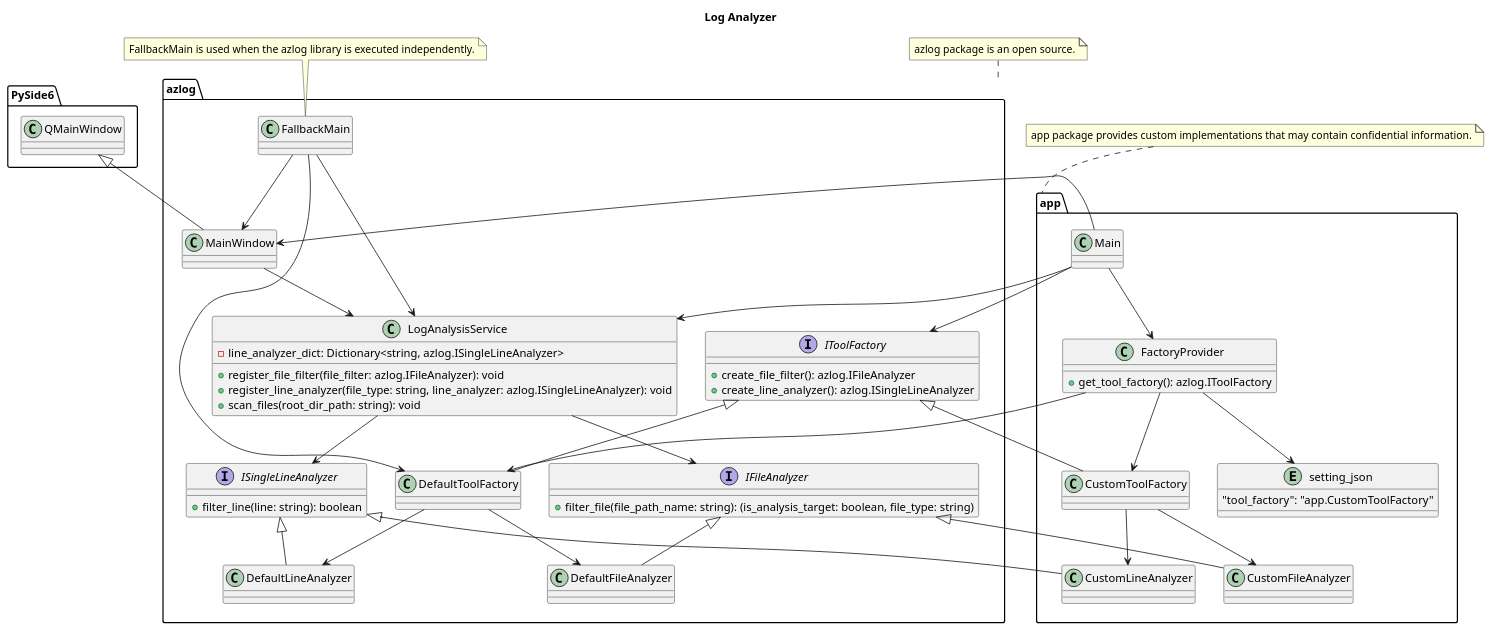
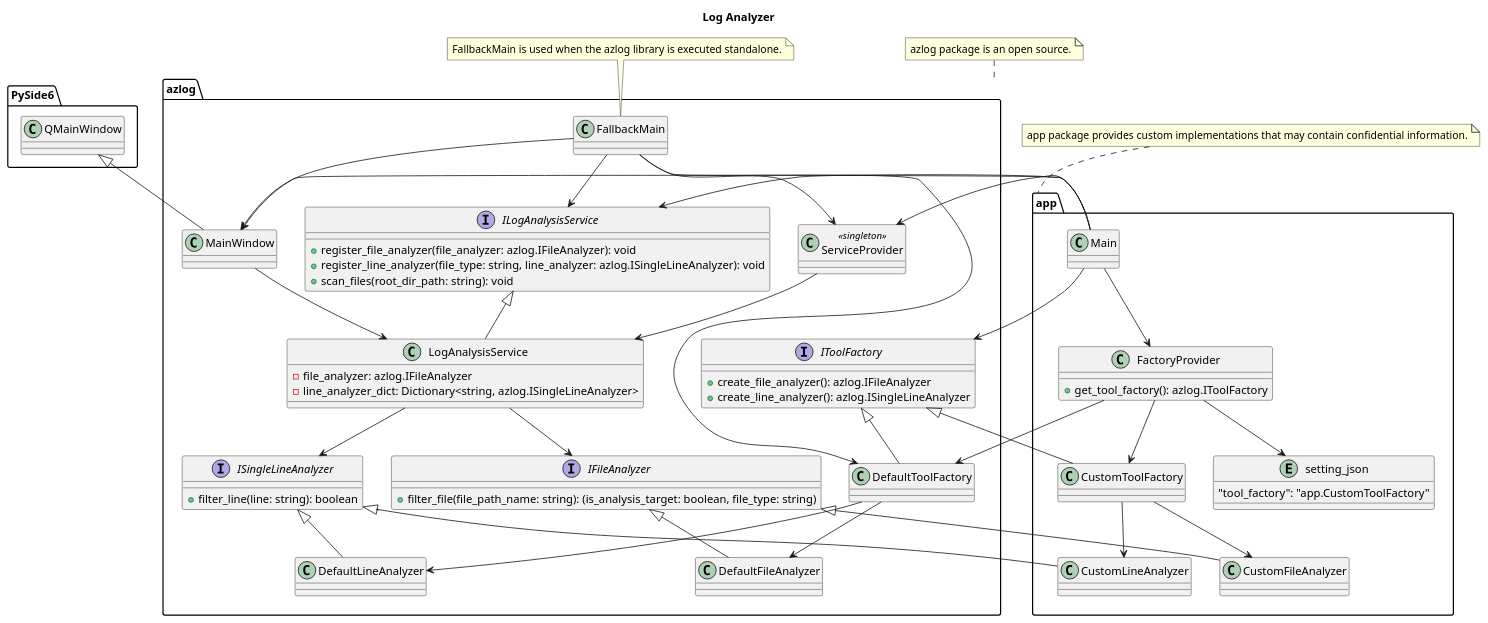
One commit to Takayoshi-Matsuyama/log_analyzer changed the diagram in doc/log_analyzer.puml. Above: the diagram before and after it, drawn with PlantUML.

Commit message:
Updated - class diagram

```diff
--- a/doc/log_analyzer.puml
+++ b/doc/log_analyzer.puml
@@ -1,111 +1,123 @@
 @startuml log_analyzer
 
 'Copyright 2026 Takayoshi Matsuyama
 '
 'Licensed under the Apache License, Version 2.0 (the "License");
 'you may not use this file except in compliance with the License.
 'You may obtain a copy of the License at
 '
 '    http://www.apache.org/licenses/LICENSE-2.0
 '
 'Unless required by applicable law or agreed to in writing, software
 'distributed under the License is distributed on an "AS IS" BASIS,
 'WITHOUT WARRANTIES OR CONDITIONS OF ANY KIND, either express or implied.
 'See the License for the specific language governing permissions and
 'limitations under the License.
 
 title Log Analyzer
 
 interface azlog.IFileAnalyzer
 {
     +filter_file(file_path_name: string): (is_analysis_target: boolean, file_type: string)
 }
 
 class azlog.DefaultFileAnalyzer {}
 class app.CustomFileAnalyzer {}
 
 azlog.IFileAnalyzer <|-- azlog.DefaultFileAnalyzer
 azlog.IFileAnalyzer <|-- app.CustomFileAnalyzer
 
 interface azlog.ISingleLineAnalyzer
 {
     +filter_line(line: string): boolean
 }
 
 class azlog.DefaultLineAnalyzer {}
 class app.CustomLineAnalyzer {}
 
 azlog.ISingleLineAnalyzer <|-- azlog.DefaultLineAnalyzer
 azlog.ISingleLineAnalyzer <|-- app.CustomLineAnalyzer
 
 interface azlog.IToolFactory
 {
-    +create_file_filter(): azlog.IFileAnalyzer
+    +create_file_analyzer(): azlog.IFileAnalyzer
     +create_line_analyzer(): azlog.ISingleLineAnalyzer
 }
 
 class azlog.DefaultToolFactory {}
 class app.CustomToolFactory {}
 
 azlog.IToolFactory <|-- azlog.DefaultToolFactory
 azlog.IToolFactory <|-- app.CustomToolFactory
 
 azlog.DefaultToolFactory --> azlog.DefaultFileAnalyzer
 azlog.DefaultToolFactory --> azlog.DefaultLineAnalyzer
 
 app.CustomToolFactory --> app.CustomFileAnalyzer
 app.CustomToolFactory --> app.CustomLineAnalyzer
 
-class azlog.LogAnalysisService
+interface azlog.ILogAnalysisService
 {
-    -line_analyzer_dict: Dictionary<string, azlog.ISingleLineAnalyzer>
-    +register_file_filter(file_filter: azlog.IFileAnalyzer): void
+    +register_file_analyzer(file_analyzer: azlog.IFileAnalyzer): void
     +register_line_analyzer(file_type: string, line_analyzer: azlog.ISingleLineAnalyzer): void
     +scan_files(root_dir_path: string): void
 }
 
+class azlog.LogAnalysisService
+{
+    -file_analyzer: azlog.IFileAnalyzer
+    -line_analyzer_dict: Dictionary<string, azlog.ISingleLineAnalyzer>
+}
+
+azlog.ILogAnalysisService <|-- azlog.LogAnalysisService
 azlog.LogAnalysisService --> azlog.IFileAnalyzer
 azlog.LogAnalysisService --> azlog.ISingleLineAnalyzer
 
 class PySide6.QMainWindow {}
 
 class azlog.MainWindow {}
 
 PySide6.QMainWindow <|-- azlog.MainWindow
+
+class azlog.ServiceProvider <<singleton>>  {}
+
+azlog.ServiceProvider --> azlog.LogAnalysisService
 
 entity app.setting_json
 {
     "tool_factory": "app.CustomToolFactory"
 }
 
 class app.FactoryProvider
  {
     +get_tool_factory(): azlog.IToolFactory
 }
 
 app.FactoryProvider --> app.setting_json
 app.FactoryProvider --> azlog.DefaultToolFactory
 app.FactoryProvider --> app.CustomToolFactory
 
 class azlog.FallbackMain {}
+azlog.FallbackMain --> azlog.ServiceProvider
 azlog.FallbackMain --> azlog.DefaultToolFactory
-azlog.FallbackMain --> azlog.LogAnalysisService
+azlog.FallbackMain --> azlog.ILogAnalysisService
 azlog.FallbackMain --> azlog.MainWindow
 
-note "FallbackMain is used when the azlog library is executed independently." as N1
+note "FallbackMain is used when the azlog library is executed standalone." as N1
 N1 .. azlog.FallbackMain
 
 class app.Main {}
 
 app.Main --> app.FactoryProvider
+app.Main --> azlog.ServiceProvider
 app.Main --> azlog.IToolFactory
-app.Main --> azlog.LogAnalysisService
+app.Main --> azlog.ILogAnalysisService
 app.Main --> azlog.MainWindow
 azlog.MainWindow --> azlog.LogAnalysisService
 
 note "azlog package is an open source." as N2
 N2 .. azlog
 note "app package provides custom implementations that may contain confidential information." as N3
 N3 .. app
 
 @enduml
```
